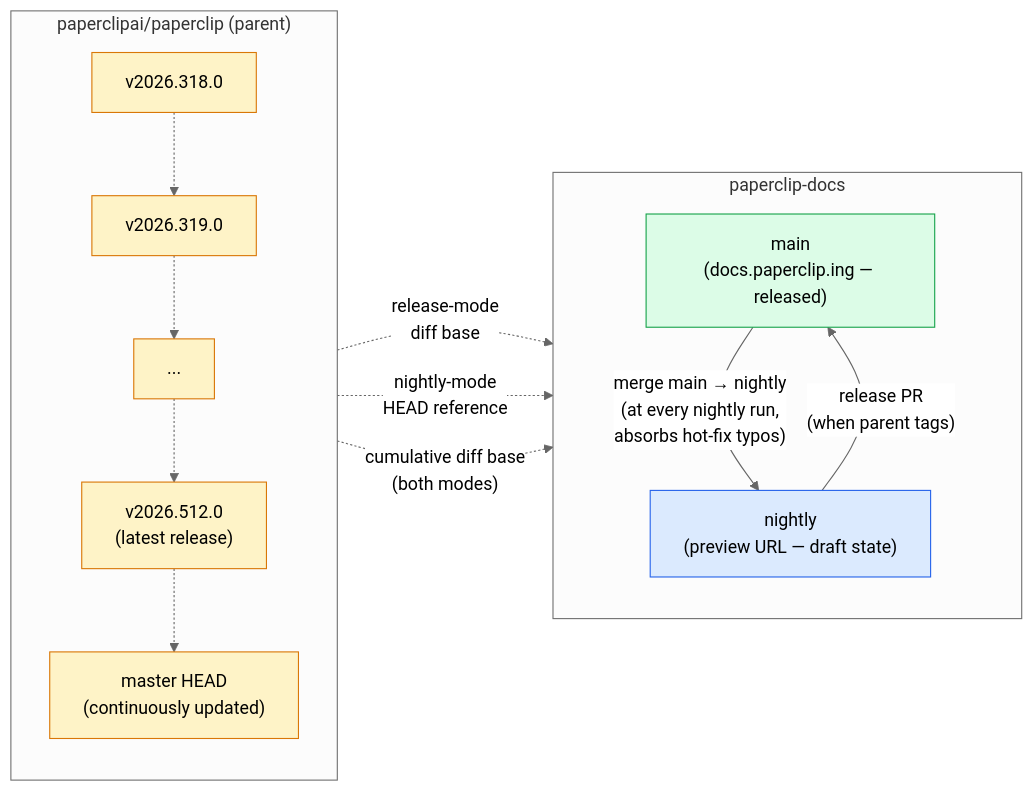
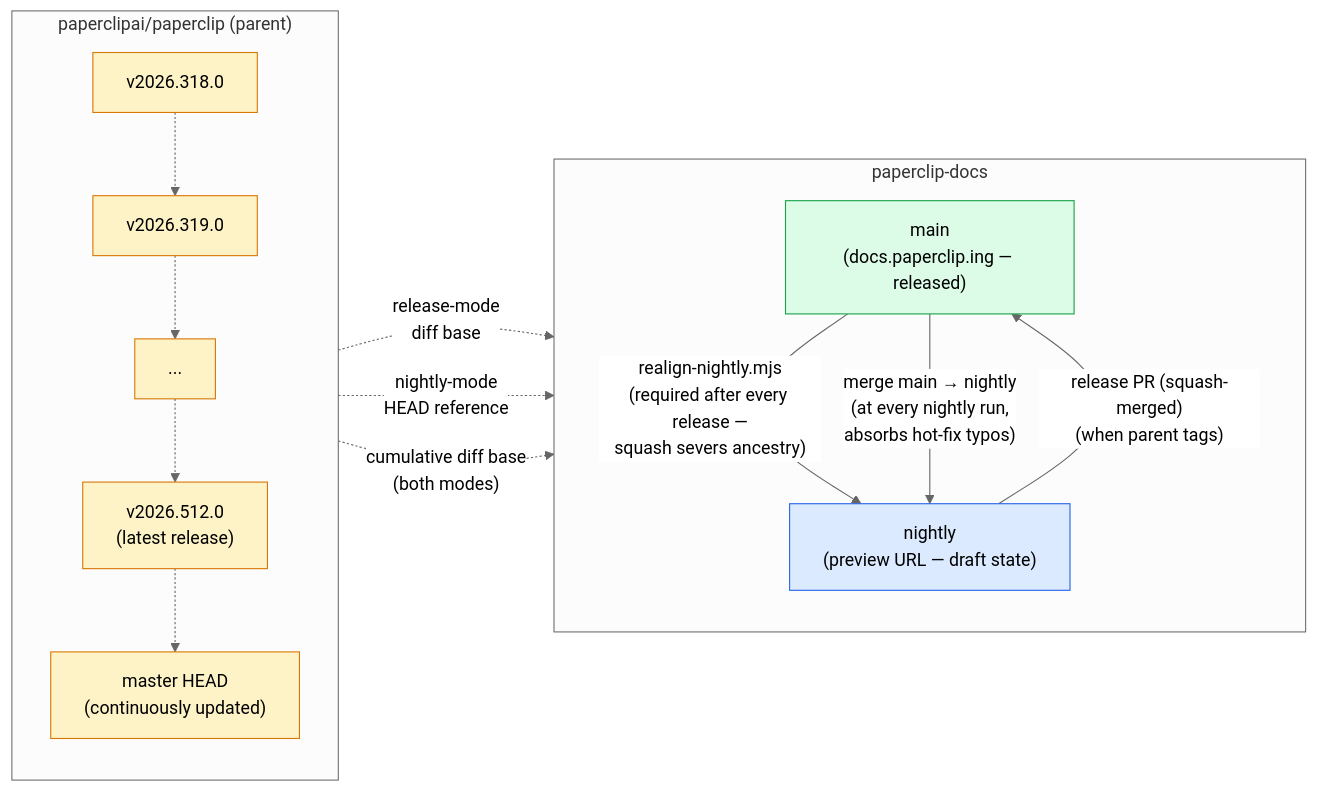
One commit to paperclipai/paperclip-docs changed the first of 2 diagrams in maintenance/maintenance.md. Above: the diagram before and after it, drawn with Mermaid (neutral theme). The commit also changed other lines of this file and 2 other files, not shown here.

Commit message:
sync: add post-release nightly realign for squash-only merges
The repo switched to squash-only merges (~8 July); PR #49 was the first
squashed release. Squashing severs main<->nightly ancestry, so the next
nightly run's "merge main into nightly" hits add/add conflicts on every
page nightly drafted that cycle.

- scripts/sync/realign-nightly.mjs: fast-forwards nightly onto the merged
  release branch, merges origin/main to re-anchor the merge-base, verifies
  ancestry, optionally pushes
- SKILL.md: Phase 1 ancestry guard, Phase 7 post-merge realign step, new
  special case with recovery instructions
- maintenance.md: branch diagram + release-mode prose updated

````diff
--- a/maintenance/maintenance.md
+++ b/maintenance/maintenance.md
@@ -168,31 +168,32 @@
 ```mermaid
 flowchart LR
     subgraph parent["paperclipai/paperclip (parent)"]
         direction TB
         master["master HEAD<br/>(continuously updated)"]
         T1["v2026.318.0"]
         T2["v2026.319.0"]
         T3["..."]
         T4["v2026.512.0<br/>(latest release)"]
         T1 -.-> T2 -.-> T3 -.-> T4 -.-> master
     end
 
     subgraph docs["paperclip-docs"]
         direction TB
         docsmain["main<br/>(docs.paperclip.ing — released)"]
         nightly["nightly<br/>(preview URL — draft state)"]
-        nightly -- "release PR<br/>(when parent tags)" --> docsmain
+        nightly -- "release PR (squash-merged)<br/>(when parent tags)" --> docsmain
+        docsmain -- "realign-nightly.mjs<br/>(required after every release —<br/>squash severs ancestry)" --> nightly
         docsmain -- "merge main → nightly<br/>(at every nightly run,<br/>absorbs hot-fix typos)" --> nightly
     end
 
     T4 -. "release-mode<br/>diff base" .-> docsmain
     master -. "nightly-mode<br/>HEAD reference" .-> nightly
     T1 -. "cumulative diff base<br/>(both modes)" .-> nightly
 
     classDef parentStyle fill:#fef3c7,stroke:#d97706
     classDef docsmainStyle fill:#dcfce7,stroke:#16a34a
     classDef nightlyStyle fill:#dbeafe,stroke:#2563eb
     class master,T1,T2,T3,T4 parentStyle
     class docsmain docsmainStyle
     class nightly nightlyStyle
 ```
````
